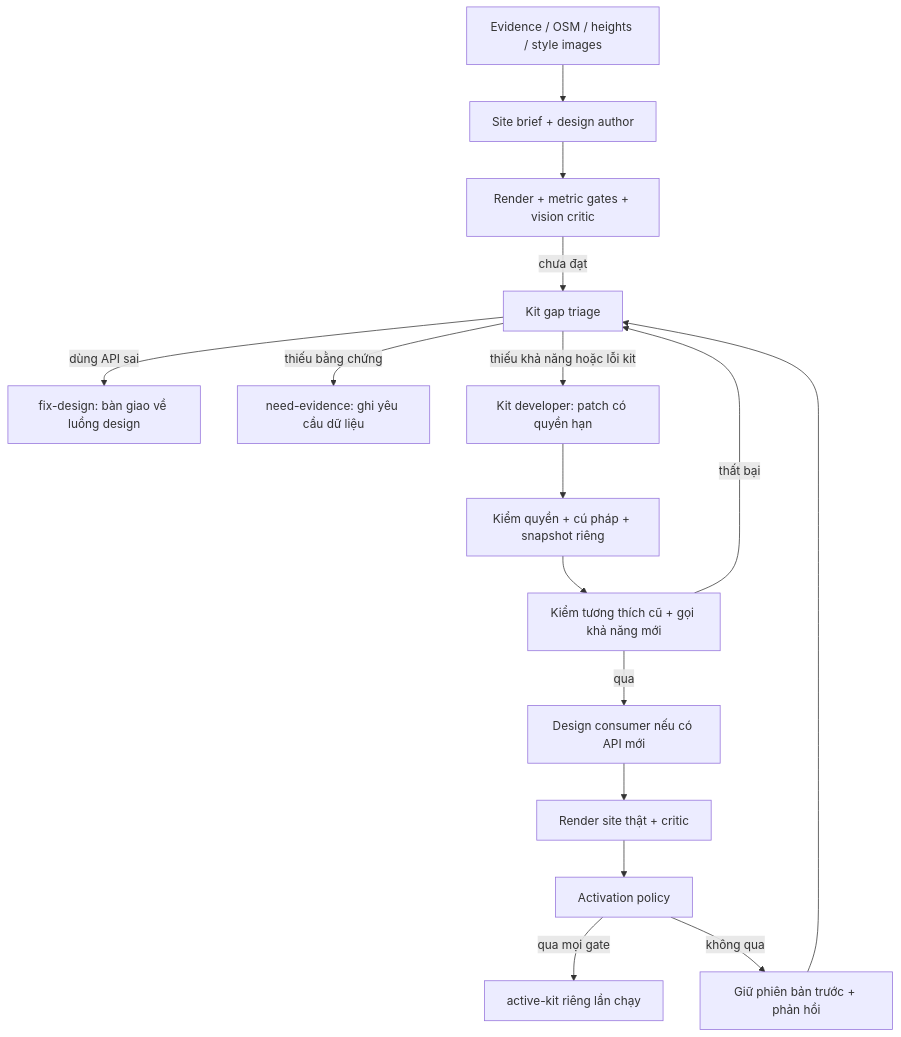
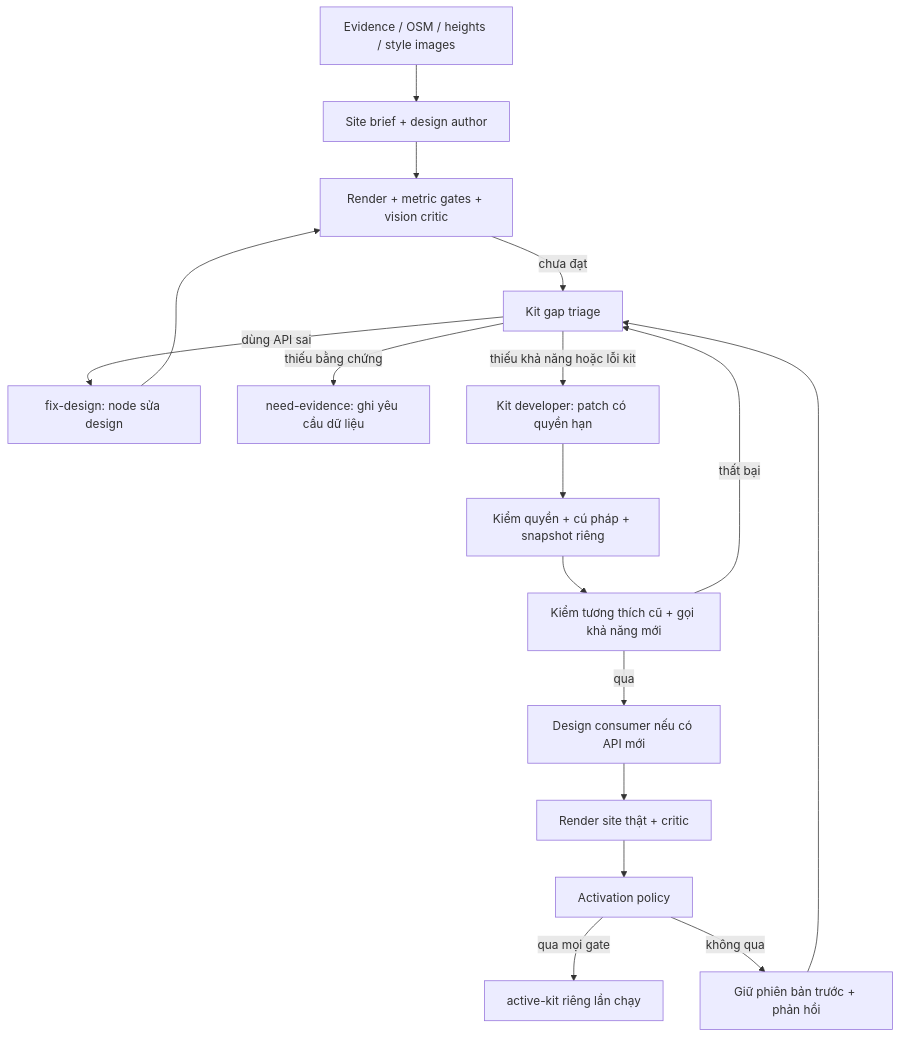
Before and after one commit to CallmeTruong/WorldAsCode: the diagram in workflow_scale_research/docs/12-adaptive-agent-kit-evolution.md, drawn with Mermaid. The commit also changed other lines of this file and 48 other files, not shown here.

````diff
--- a/workflow_scale_research/docs/12-adaptive-agent-kit-evolution.md
+++ b/workflow_scale_research/docs/12-adaptive-agent-kit-evolution.md
@@ -18,18 +18,19 @@
 ```mermaid
 flowchart TD
   E[Evidence / OSM / heights / style images] --> D[Site brief + design author]
   D --> R[Render + metric gates + vision critic]
   R -->|chưa đạt| G[Kit gap triage]
-  G -->|dùng API sai| U[fix-design: bàn giao về luồng design]
+  G -->|dùng API sai| U[fix-design: node sửa design]
+  U --> R
   G -->|thiếu bằng chứng| Q[need-evidence: ghi yêu cầu dữ liệu]
   G -->|thiếu khả năng hoặc lỗi kit| K[Kit developer: patch có quyền hạn]
   K --> P[Kiểm quyền + cú pháp + snapshot riêng]
   P --> T[Kiểm tương thích cũ + gọi khả năng mới]
   T -->|thất bại| G
   T -->|qua| C[Design consumer nếu có API mới]
   C --> V[Render site thật + critic]
   V --> A[Activation policy]
   A -->|qua mọi gate| L[active-kit riêng lần chạy]
   A -->|không qua| B[Giữ phiên bản trước + phản hồi]
   B --> G
 ```
````
